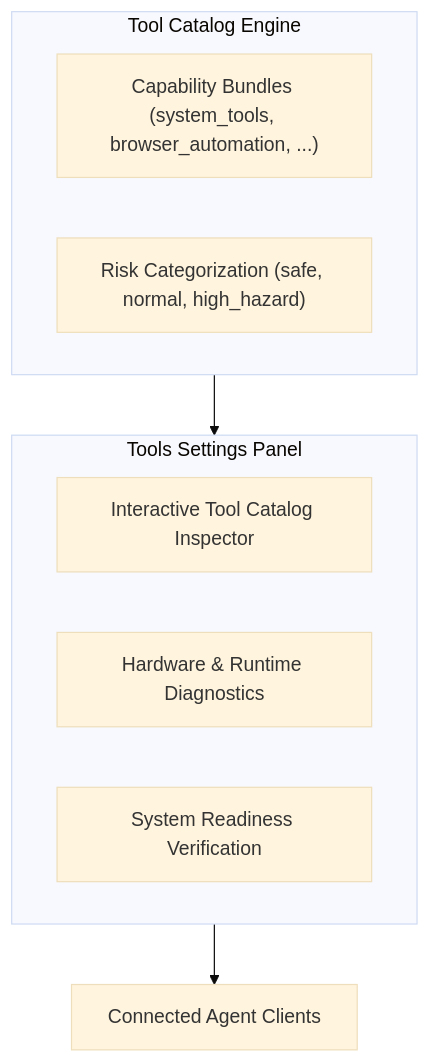
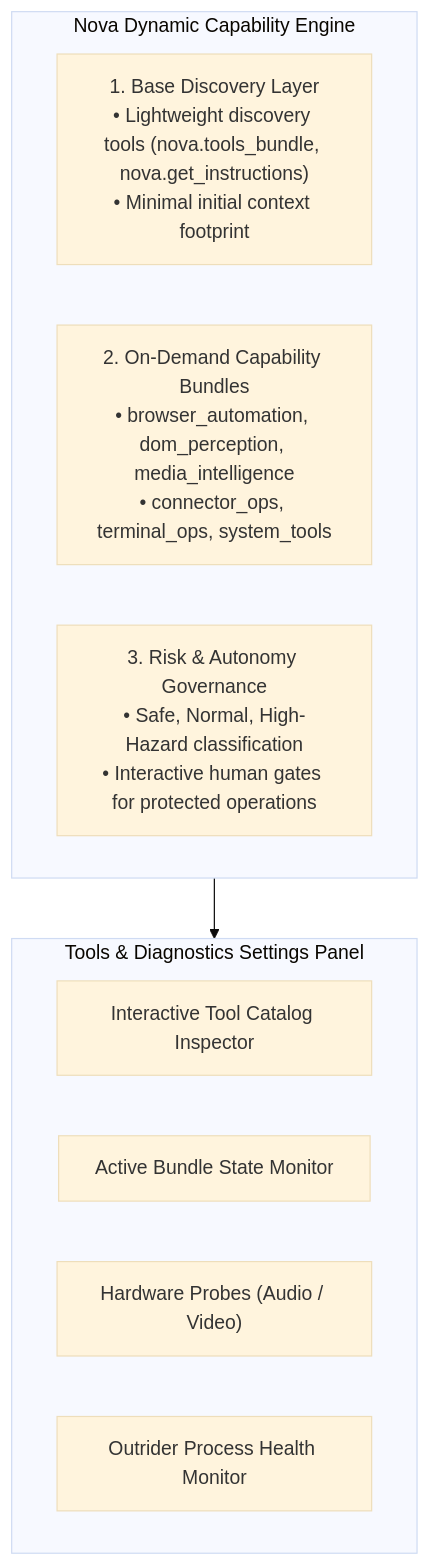
The diagram in docs/user-guide/settings/tools-and-diagnostics.md (joelaniol/nova), drawn with Mermaid (base theme) before and after one commit. The commit also changed other lines of this file and 3 other files, not shown here.

Commit message:
docs(user-guide): expand capability bundles, bookmarks automation, emergency stop, and project onboarding

````diff
--- a/docs/user-guide/settings/tools-and-diagnostics.md
+++ b/docs/user-guide/settings/tools-and-diagnostics.md
@@ -14,16 +14,17 @@
 ```mermaid
 flowchart TD
-    subgraph CatalogEngine ["Tool Catalog Engine"]
-        Bundles["Capability Bundles (system_tools, browser_automation, ...)"]
-        RiskRules["Risk Categorization (safe, normal, high_hazard)"]
+    subgraph Engine ["Nova Dynamic Capability Engine"]
+        BaseTools["1. Base Discovery Layer<br/>• Lightweight discovery tools (nova.tools_bundle, nova.get_instructions)<br/>• Minimal initial context footprint"]
+        Bundles["2. On-Demand Capability Bundles<br/>• browser_automation, dom_perception, media_intelligence<br/>• connector_ops, terminal_ops, system_tools"]
+        RiskGov["3. Risk & Autonomy Governance<br/>• Safe, Normal, High-Hazard classification<br/>• Interactive human gates for protected operations"]
     end
 
-    subgraph ToolsPanel ["Tools Settings Panel"]
+    subgraph ToolsSettings ["Tools & Diagnostics Settings Panel"]
         CatalogView["Interactive Tool Catalog Inspector"]
-        DiagSuite["Hardware & Runtime Diagnostics"]
-        Readiness["System Readiness Verification"]
+        BundleViewer["Active Bundle State Monitor"]
+        DiagSuite["Hardware Probes (Audio / Video)"]
+        OutriderStatus["Outrider Process Health Monitor"]
     end
 
-    CatalogEngine --> ToolsPanel
-    ToolsPanel --> AgentClients["Connected Agent Clients"]
+    Engine --> ToolsSettings
 ```
````
